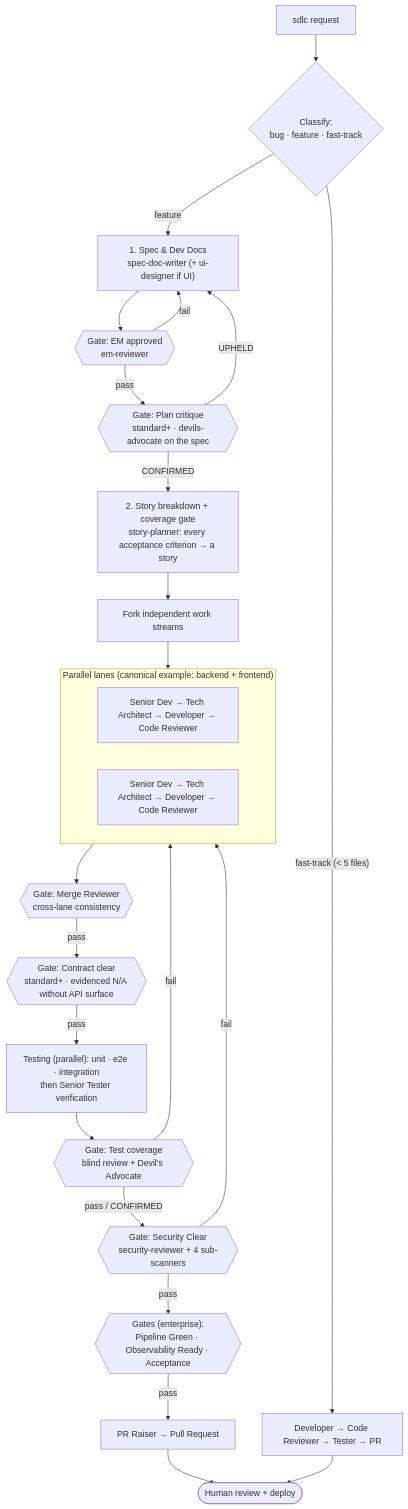
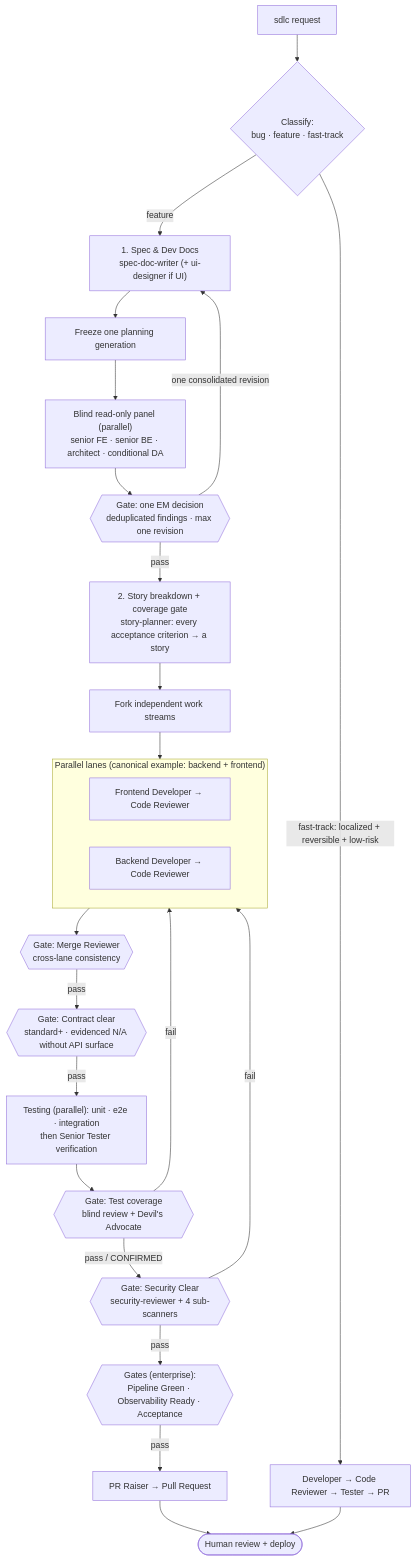
The third of 5 diagrams in docs/architecture.md (ajyadav013/claude-kit), drawn with Mermaid before and after one commit. The commit also changed other lines of this file and 78 other files, not shown here.

````diff
--- a/docs/architecture.md
+++ b/docs/architecture.md
@@ -151,35 +151,34 @@
 ```mermaid
 flowchart TD
     REQ["sdlc request"] --> CLS{"Classify:<br/>bug · feature · fast-track"}
 
     CLS -->|"feature"| SPEC["1. Spec & Dev Docs<br/>spec-doc-writer (+ ui-designer if UI)"]
-    SPEC --> EM{{"Gate: EM approved<br/>em-reviewer"}}
-
-    EM -->|"pass"| PC{{"Gate: Plan critique<br/>standard+ · devils-advocate on the spec"}}
-    PC -->|"CONFIRMED"| STORY["2. Story breakdown + coverage gate<br/>story-planner: every acceptance criterion → a story"]
+    SPEC --> FREEZE["Freeze one planning generation"]
+    FREEZE --> PANEL["Blind read-only panel (parallel)<br/>senior FE · senior BE · architect · conditional DA"]
+    PANEL --> EM{{"Gate: one EM decision<br/>deduplicated findings · max one revision"}}
+    EM -->|"pass"| STORY["2. Story breakdown + coverage gate<br/>story-planner: every acceptance criterion → a story"]
     STORY --> FORK["Fork independent work streams"]
     subgraph LANES["Parallel lanes (canonical example: backend + frontend)"]
         direction LR
-        L1["Senior Dev → Tech Architect → Developer → Code Reviewer"]
-        L2["Senior Dev → Tech Architect → Developer → Code Reviewer"]
+        L1["Frontend Developer → Code Reviewer"]
+        L2["Backend Developer → Code Reviewer"]
     end
     FORK --> LANES
     LANES --> MR1{{"Gate: Merge Reviewer<br/>cross-lane consistency"}}
 
     MR1 -->|"pass"| CC{{"Gate: Contract clear<br/>standard+ · evidenced N/A without API surface"}}
     CC -->|"pass"| TEST["Testing (parallel): unit · e2e · integration<br/>then Senior Tester verification"]
     TEST --> TCG{{"Gate: Test coverage<br/>blind review + Devil's Advocate"}}
 
     TCG -->|"pass / CONFIRMED"| SEC{{"Gate: Security Clear<br/>security-reviewer + 4 sub-scanners"}}
     SEC -->|"pass"| OPS{{"Gates (enterprise):<br/>Pipeline Green · Observability Ready · Acceptance"}}
     OPS -->|"pass"| PR["PR Raiser → Pull Request"]
     PR --> HUMAN(["Human review + deploy"])
 
-    CLS -->|"fast-track (< 5 files)"| FT["Developer → Code Reviewer → Tester → PR"]
+    CLS -->|"fast-track: localized + reversible + low-risk"| FT["Developer → Code Reviewer → Tester → PR"]
     FT --> HUMAN
 
-    EM -->|"fail"| SPEC
-    PC -->|"UPHELD"| SPEC
+    EM -->|"one consolidated revision"| SPEC
     TCG -->|"fail"| LANES
     SEC -->|"fail"| LANES
 ```
````
